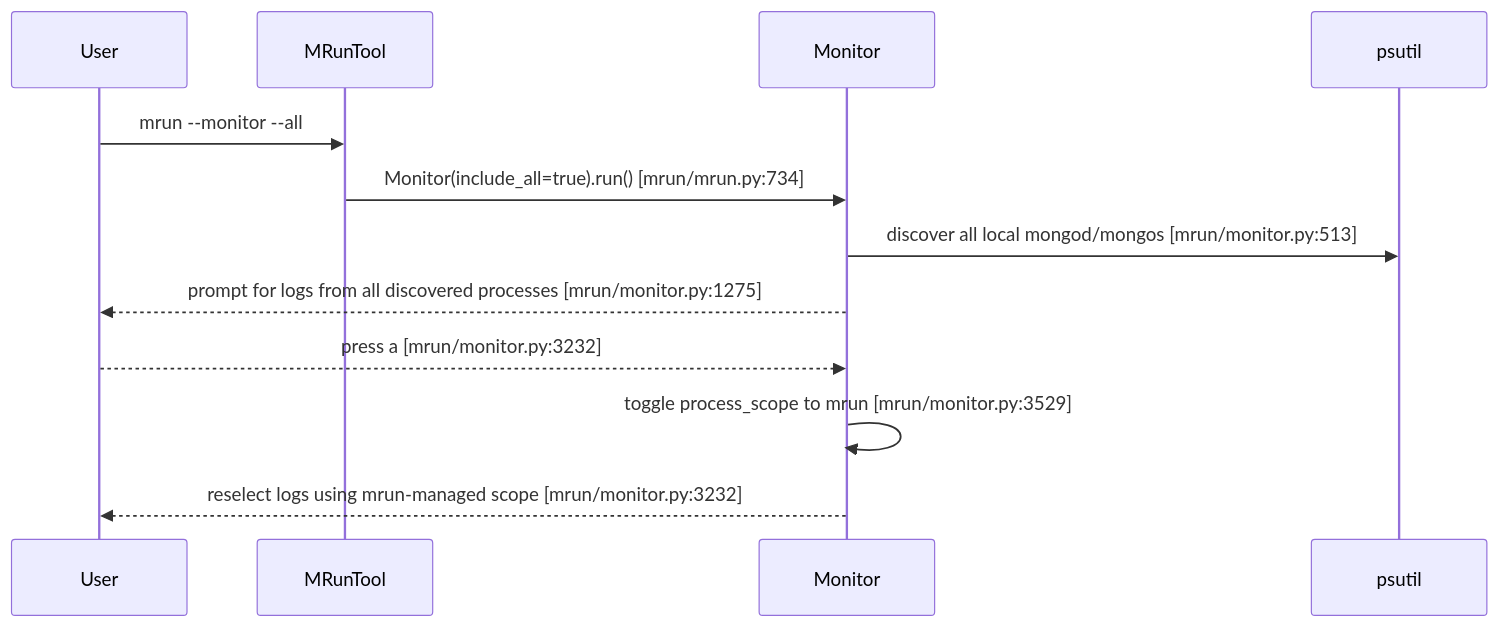
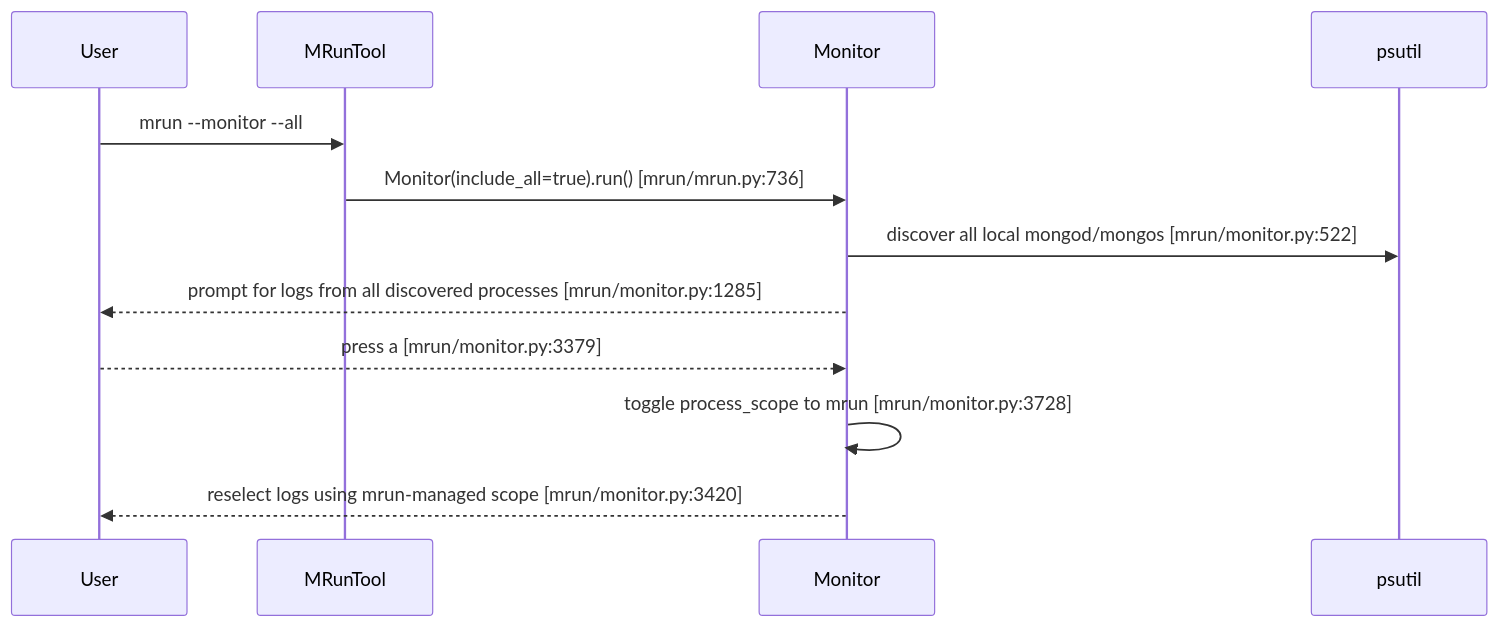
Before and after one commit to mongodb/mlaunch: the second of 12 diagrams in doc/feature-monitor-guide.md, drawn with Mermaid. The commit also changed other lines of this file and 4 other files, not shown here.

````diff
--- a/doc/feature-monitor-guide.md
+++ b/doc/feature-monitor-guide.md
@@ -174,15 +183,15 @@
 ```mermaid
 sequenceDiagram
     participant User
     participant Tool as MRunTool
     participant Monitor as Monitor
     participant PS as psutil
 
     User->>Tool: mrun --monitor --all
-    Tool->>Monitor: Monitor(include_all=true).run() [mrun/mrun.py:734]
-    Monitor->>PS: discover all local mongod/mongos [mrun/monitor.py:513]
-    Monitor-->>User: prompt for logs from all discovered processes [mrun/monitor.py:1275]
-    User-->>Monitor: press a [mrun/monitor.py:3232]
-    Monitor->>Monitor: toggle process_scope to mrun [mrun/monitor.py:3529]
-    Monitor-->>User: reselect logs using mrun-managed scope [mrun/monitor.py:3232]
+    Tool->>Monitor: Monitor(include_all=true).run() [mrun/mrun.py:736]
+    Monitor->>PS: discover all local mongod/mongos [mrun/monitor.py:522]
+    Monitor-->>User: prompt for logs from all discovered processes [mrun/monitor.py:1285]
+    User-->>Monitor: press a [mrun/monitor.py:3379]
+    Monitor->>Monitor: toggle process_scope to mrun [mrun/monitor.py:3728]
+    Monitor-->>User: reselect logs using mrun-managed scope [mrun/monitor.py:3420]
 ```
````
